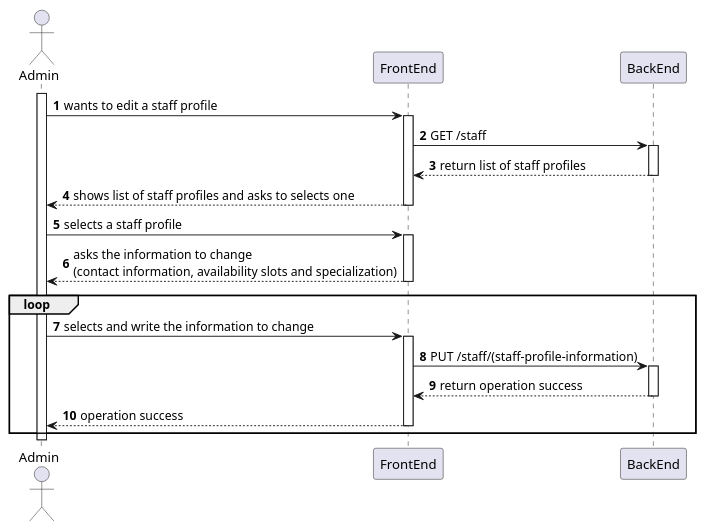
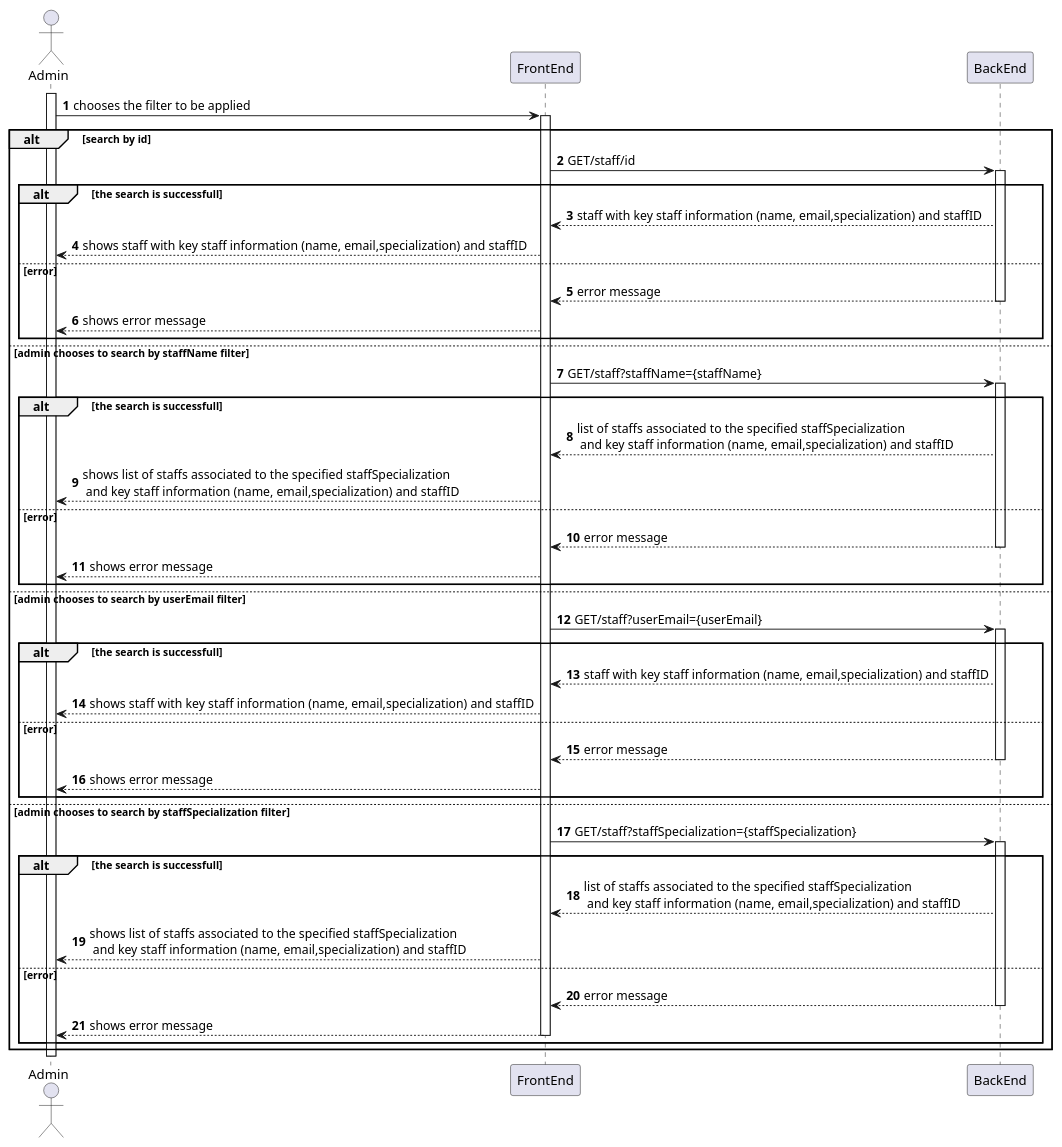
Before and after one commit to MiguelCardoso77/SurgicalSync-BackEnd: the diagram in Wiki/SprintA/diagrams/use-cases/22-search-staff-profiles/level2/process-view.puml, drawn with PlantUML. The commit also changed 8 other files, not shown here.

```diff
--- a/Wiki/SprintA/diagrams/use-cases/22-search-staff-profiles/level2/process-view.puml
+++ b/Wiki/SprintA/diagrams/use-cases/22-search-staff-profiles/level2/process-view.puml
@@ -1,44 +1,88 @@
 @startuml
 autonumber
 
 actor "Admin" as USER
 
 participant "FrontEnd" as FE
 participant "BackEnd" as BE
 
 activate USER
 
-    USER -> FE : wants to edit a staff profile 
+  
+    USER -> FE : chooses the filter to be applied
     activate FE
     
-    FE -> BE : GET /staff
+    alt search by id
+    
+    FE -> BE : GET/staff/id 
     activate BE
     
-    BE --> FE : return list of staff profiles 
+    alt the search is successfull
+    BE --> FE : staff with key staff information (name, email,specialization) and staffID
+    
+    FE --> USER: shows staff with key staff information (name, email,specialization) and staffID
+    else error
+    
+    BE --> FE: error message
     deactivate BE
     
-    FE --> USER : shows list of staff profiles and asks to selects one
-    deactivate FE
+    FE--> USER: shows error message
 
-    USER -> FE : selects a staff profile 
-    activate FE
+end 
+    else admin chooses to search by staffName filter
     
-    FE --> USER : asks the information to change  \n(contact information, availability slots and specialization)
-    deactivate FE
+    FE -> BE : GET/staff?staffName={staffName}
+        activate BE
+        
+        alt the search is successfull
+            BE --> FE : list of staffs associated to the specified staffSpecialization \n and key staff information (name, email,specialization) and staffID
+        
+            FE --> USER : shows list of staffs associated to the specified staffSpecialization \n and key staff information (name, email,specialization) and staffID
+        else error
+        
+        BE --> FE: error message
+        deactivate BE
+        
+        FE--> USER: shows error message
     
-    loop  
-    USER -> FE : selects and write the information to change
-    activate FE
+    end
     
-    FE -> BE : PUT /staff/(staff-profile-information) 
-    activate BE
+    else admin chooses to search by userEmail filter
+       
+        FE -> BE : GET/staff?userEmail={userEmail}
+            activate BE
+            
+            alt the search is successfull
+            BE --> FE : staff with key staff information (name, email,specialization) and staffID
+            
+            FE --> USER: shows staff with key staff information (name, email,specialization) and staffID
+            else error
+            
+            BE --> FE: error message
+            deactivate BE
+            
+            FE--> USER: shows error message
+    end
     
-    BE --> FE : return operation success
-    deactivate BE
+    else admin chooses to search by staffSpecialization filter
+        
+        FE -> BE : GET/staff?staffSpecialization={staffSpecialization}
+            activate BE
+            
+            alt the search is successfull
+            BE --> FE : list of staffs associated to the specified staffSpecialization \n and key staff information (name, email,specialization) and staffID
+            
+            FE --> USER: shows list of staffs associated to the specified staffSpecialization \n and key staff information (name, email,specialization) and staffID
+            else error
+            
+            BE --> FE: error message
+            deactivate BE
+            
+            FE--> USER: shows error message
+            deactivate FE
     
-    FE --> USER: operation success
-    deactivate FE
+    end
     end 
 deactivate USER
 
 @enduml
```
